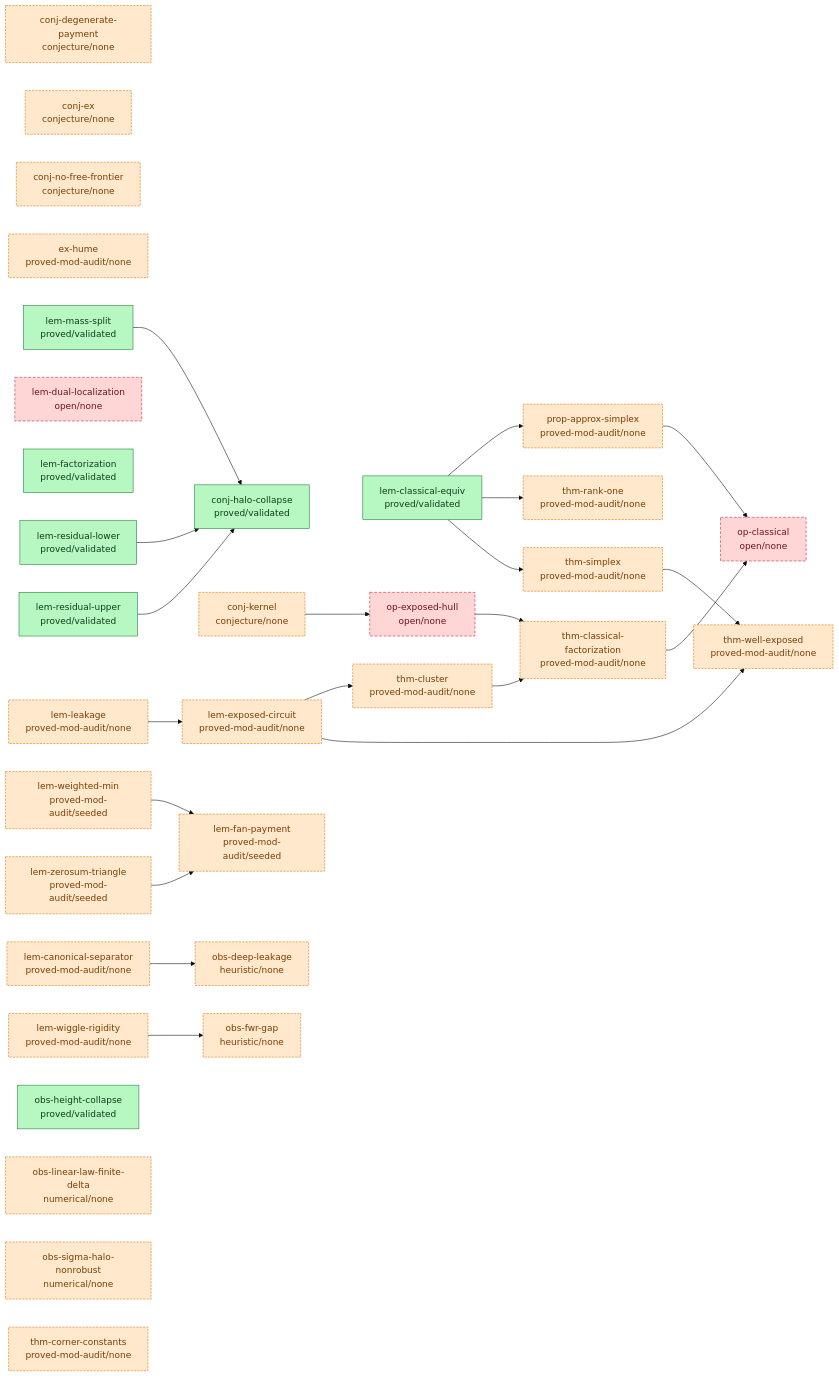
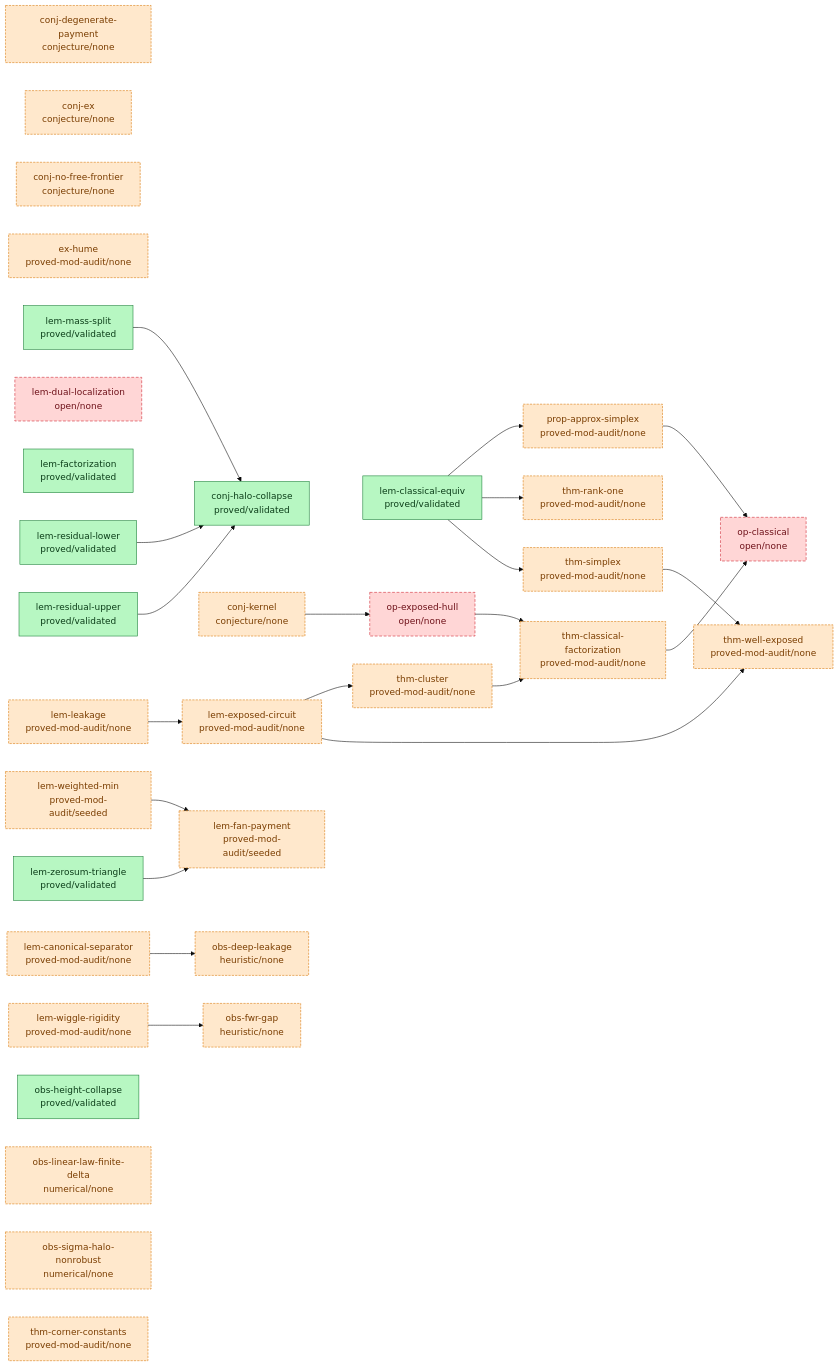
One commit to tobiasosborne/almost-idempotent-stochastic-maps changed the diagram in argument/DAG.md. Above: the diagram before and after it, drawn with Mermaid (base theme). The commit also changed 205 other files, not shown here.

First line of the commit message:
Bank lem-zerosum-triangle: af-validated (8th rigorous result; 1st fan-payment dep)

````diff
--- a/argument/DAG.md
+++ b/argument/DAG.md
@@ -6,65 +6,65 @@
 ```mermaid
 graph LR
   classDef validated fill:#b7f7c2,stroke:#1a7f37,color:#0b3d18;
   classDef proved fill:#cfe3ff,stroke:#0969da,color:#0a3069;
   classDef seeded fill:#fff3c4,stroke:#bf8700,color:#5a4500;
   classDef stated fill:#eaecef,stroke:#8b949e,color:#24292f;
   classDef cited fill:#e7d6ff,stroke:#8250df,color:#3b1a73;
   classDef nonrigorous fill:#ffe8cc,stroke:#d97706,color:#7a3d00,stroke-dasharray:4 2;
   classDef open fill:#ffd6d6,stroke:#cf222e,color:#6e1119,stroke-dasharray:5 3;
   conj-degenerate-payment["conj-degenerate-payment<br/>conjecture/none"]
   conj-ex["conj-ex<br/>conjecture/none"]
   conj-halo-collapse["conj-halo-collapse<br/>proved/validated"]
   conj-kernel["conj-kernel<br/>conjecture/none"]
   conj-no-free-frontier["conj-no-free-frontier<br/>conjecture/none"]
   ex-hume["ex-hume<br/>proved-mod-audit/none"]
   lem-canonical-separator["lem-canonical-separator<br/>proved-mod-audit/none"]
   lem-classical-equiv["lem-classical-equiv<br/>proved/validated"]
   lem-dual-localization["lem-dual-localization<br/>open/none"]
   lem-exposed-circuit["lem-exposed-circuit<br/>proved-mod-audit/none"]
   lem-factorization["lem-factorization<br/>proved/validated"]
   lem-fan-payment["lem-fan-payment<br/>proved-mod-audit/seeded"]
   lem-leakage["lem-leakage<br/>proved-mod-audit/none"]
   lem-mass-split["lem-mass-split<br/>proved/validated"]
   lem-residual-lower["lem-residual-lower<br/>proved/validated"]
   lem-residual-upper["lem-residual-upper<br/>proved/validated"]
   lem-weighted-min["lem-weighted-min<br/>proved-mod-audit/seeded"]
   lem-wiggle-rigidity["lem-wiggle-rigidity<br/>proved-mod-audit/none"]
-  lem-zerosum-triangle["lem-zerosum-triangle<br/>proved-mod-audit/seeded"]
+  lem-zerosum-triangle["lem-zerosum-triangle<br/>proved/validated"]
   obs-deep-leakage["obs-deep-leakage<br/>heuristic/none"]
   obs-fwr-gap["obs-fwr-gap<br/>heuristic/none"]
   obs-height-collapse["obs-height-collapse<br/>proved/validated"]
   obs-linear-law-finite-delta["obs-linear-law-finite-delta<br/>numerical/none"]
   obs-sigma-halo-nonrobust["obs-sigma-halo-nonrobust<br/>numerical/none"]
   op-classical["op-classical<br/>open/none"]
   op-exposed-hull["op-exposed-hull<br/>open/none"]
   prop-approx-simplex["prop-approx-simplex<br/>proved-mod-audit/none"]
   thm-classical-factorization["thm-classical-factorization<br/>proved-mod-audit/none"]
   thm-cluster["thm-cluster<br/>proved-mod-audit/none"]
   thm-corner-constants["thm-corner-constants<br/>proved-mod-audit/none"]
   thm-rank-one["thm-rank-one<br/>proved-mod-audit/none"]
   thm-simplex["thm-simplex<br/>proved-mod-audit/none"]
   thm-well-exposed["thm-well-exposed<br/>proved-mod-audit/none"]
   conj-kernel --> op-exposed-hull
   lem-canonical-separator --> obs-deep-leakage
   lem-classical-equiv --> prop-approx-simplex
   lem-classical-equiv --> thm-rank-one
   lem-classical-equiv --> thm-simplex
   lem-exposed-circuit --> thm-cluster
   lem-exposed-circuit --> thm-well-exposed
   lem-leakage --> lem-exposed-circuit
   lem-mass-split --> conj-halo-collapse
   lem-residual-lower --> conj-halo-collapse
   lem-residual-upper --> conj-halo-collapse
   lem-weighted-min --> lem-fan-payment
   lem-wiggle-rigidity --> obs-fwr-gap
   lem-zerosum-triangle --> lem-fan-payment
   op-exposed-hull --> thm-classical-factorization
   prop-approx-simplex --> op-classical
   thm-classical-factorization --> op-classical
   thm-cluster --> thm-classical-factorization
   thm-simplex --> thm-well-exposed
-  class conj-halo-collapse,lem-classical-equiv,lem-factorization,lem-mass-split,lem-residual-lower,lem-residual-upper,obs-height-collapse validated;
-  class conj-degenerate-payment,conj-ex,conj-kernel,conj-no-free-frontier,ex-hume,lem-canonical-separator,lem-exposed-circuit,lem-fan-payment,lem-leakage,lem-weighted-min,lem-wiggle-rigidity,lem-zerosum-triangle,obs-deep-leakage,obs-fwr-gap,obs-linear-law-finite-delta,obs-sigma-halo-nonrobust,prop-approx-simplex,thm-classical-factorization,thm-cluster,thm-corner-constants,thm-rank-one,thm-simplex,thm-well-exposed nonrigorous;
+  class conj-halo-collapse,lem-classical-equiv,lem-factorization,lem-mass-split,lem-residual-lower,lem-residual-upper,lem-zerosum-triangle,obs-height-collapse validated;
+  class conj-degenerate-payment,conj-ex,conj-kernel,conj-no-free-frontier,ex-hume,lem-canonical-separator,lem-exposed-circuit,lem-fan-payment,lem-leakage,lem-weighted-min,lem-wiggle-rigidity,obs-deep-leakage,obs-fwr-gap,obs-linear-law-finite-delta,obs-sigma-halo-nonrobust,prop-approx-simplex,thm-classical-factorization,thm-cluster,thm-corner-constants,thm-rank-one,thm-simplex,thm-well-exposed nonrigorous;
   class lem-dual-localization,op-classical,op-exposed-hull open;
 ```
````
